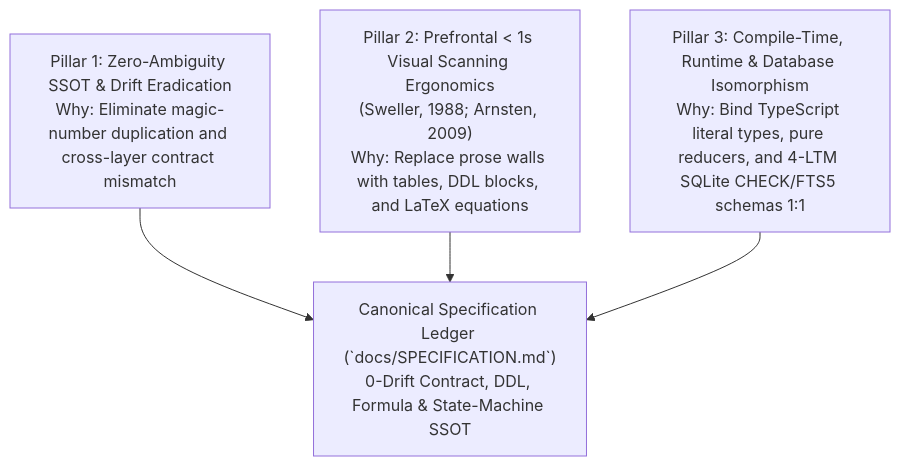
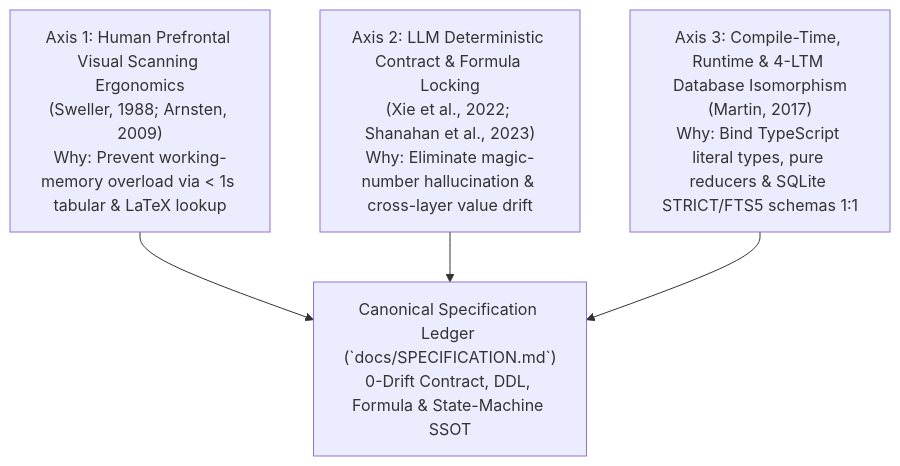
One commit to jinseobhong/eterna-luminas changed the diagram in docs/SPECIFICATION_COMMENTARY.md. Above: the diagram before and after it, drawn with Mermaid. The commit also changed other lines of this file and 6 other files, not shown here.

Commit message:
refactor(docs,rules): align ARCHITECTURE and SPECIFICATION commentary/authoring separation 1:1

````diff
--- a/docs/SPECIFICATION_COMMENTARY.md
+++ b/docs/SPECIFICATION_COMMENTARY.md
@@ -7,10 +7,10 @@
 ```mermaid
 flowchart TD
     GOAL["Canonical Specification Ledger (`docs/SPECIFICATION.md`)<br/>0-Drift Contract, DDL, Formula & State-Machine SSOT"]
 
-    PILLAR1["Pillar 1: Zero-Ambiguity SSOT & Drift Eradication<br/>Why: Eliminate magic-number duplication and cross-layer contract mismatch"]
-    PILLAR2["Pillar 2: Prefrontal < 1s Visual Scanning Ergonomics<br/>(Sweller, 1988; Arnsten, 2009)<br/>Why: Replace prose walls with tables, DDL blocks, and LaTeX equations"]
-    PILLAR3["Pillar 3: Compile-Time, Runtime & Database Isomorphism<br/>Why: Bind TypeScript literal types, pure reducers, and 4-LTM SQLite CHECK/FTS5 schemas 1:1"]
+    AXIS1["Axis 1: Human Prefrontal Visual Scanning Ergonomics<br/>(Sweller, 1988; Arnsten, 2009)<br/>Why: Prevent working-memory overload via < 1s tabular & LaTeX lookup"]
+    AXIS2["Axis 2: LLM Deterministic Contract & Formula Locking<br/>(Xie et al., 2022; Shanahan et al., 2023)<br/>Why: Eliminate magic-number hallucination & cross-layer value drift"]
+    AXIS3["Axis 3: Compile-Time, Runtime & 4-LTM Database Isomorphism<br/>(Martin, 2017)<br/>Why: Bind TypeScript literal types, pure reducers & SQLite STRICT/FTS5 schemas 1:1"]
 
-    PILLAR1 & PILLAR2 & PILLAR3 --> GOAL
+    AXIS1 & AXIS2 & AXIS3 --> GOAL
 ```
````
